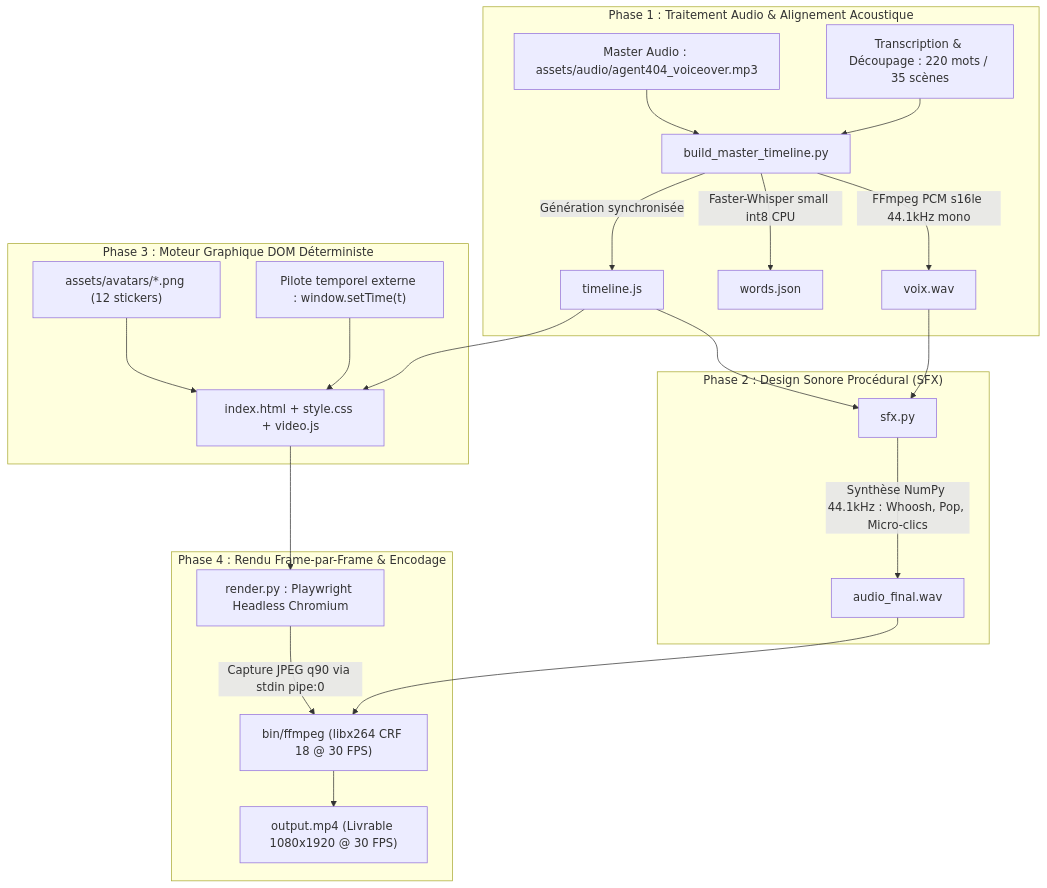
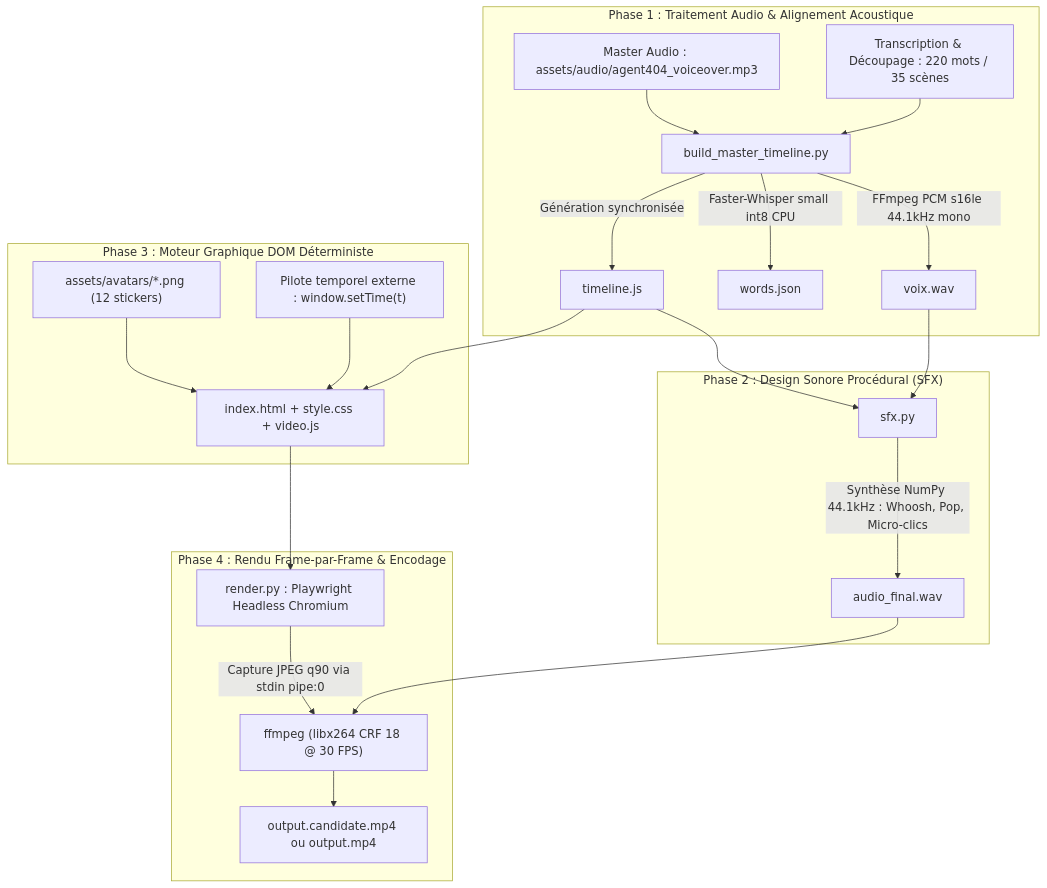
The diagram in docs/ARCHITECTURE.md (Kreesten-hsh/video), drawn with Mermaid before and after one commit. The commit also changed other lines of this file and 13 other files, not shown here.

````diff
--- a/docs/ARCHITECTURE.md
+++ b/docs/ARCHITECTURE.md
@@ -14,29 +14,29 @@
 ```mermaid
 flowchart TD
     subgraph PHASE_1["Phase 1 : Traitement Audio & Alignement Acoustique"]
         A["Master Audio : assets/audio/agent404_voiceover.mp3"] --> B["build_master_timeline.py"]
         C["Transcription & Découpage : 220 mots / 35 scènes"] --> B
         B -->|FFmpeg PCM s16le 44.1kHz mono| D["voix.wav"]
         B -->|Faster-Whisper small int8 CPU| E["words.json"]
         B -->|Génération synchronisée| F["timeline.js"]
     end
 
     subgraph PHASE_2["Phase 2 : Design Sonore Procédural (SFX)"]
         D --> G["sfx.py"]
         F --> G
         G -->|Synthèse NumPy 44.1kHz : Whoosh, Pop, Micro-clics| H["audio_final.wav"]
     end
 
     subgraph PHASE_3["Phase 3 : Moteur Graphique DOM Déterministe"]
         F --> I["index.html + style.css + video.js"]
         J["assets/avatars/*.png (12 stickers)"] --> I
         K["Pilote temporel externe : window.setTime(t)"] --> I
     end
 
     subgraph PHASE_4["Phase 4 : Rendu Frame-par-Frame & Encodage"]
         I --> L["render.py : Playwright Headless Chromium"]
-        L -->|Capture JPEG q90 via stdin pipe:0| M["bin/ffmpeg (libx264 CRF 18 @ 30 FPS)"]
+        L -->|Capture JPEG q90 via stdin pipe:0| M["ffmpeg (libx264 CRF 18 @ 30 FPS)"]
         H --> M
-        M --> N["output.mp4 (Livrable 1080x1920 @ 30 FPS)"]
+        M --> N["output.candidate.mp4 ou output.mp4"]
     end
 ```
````
